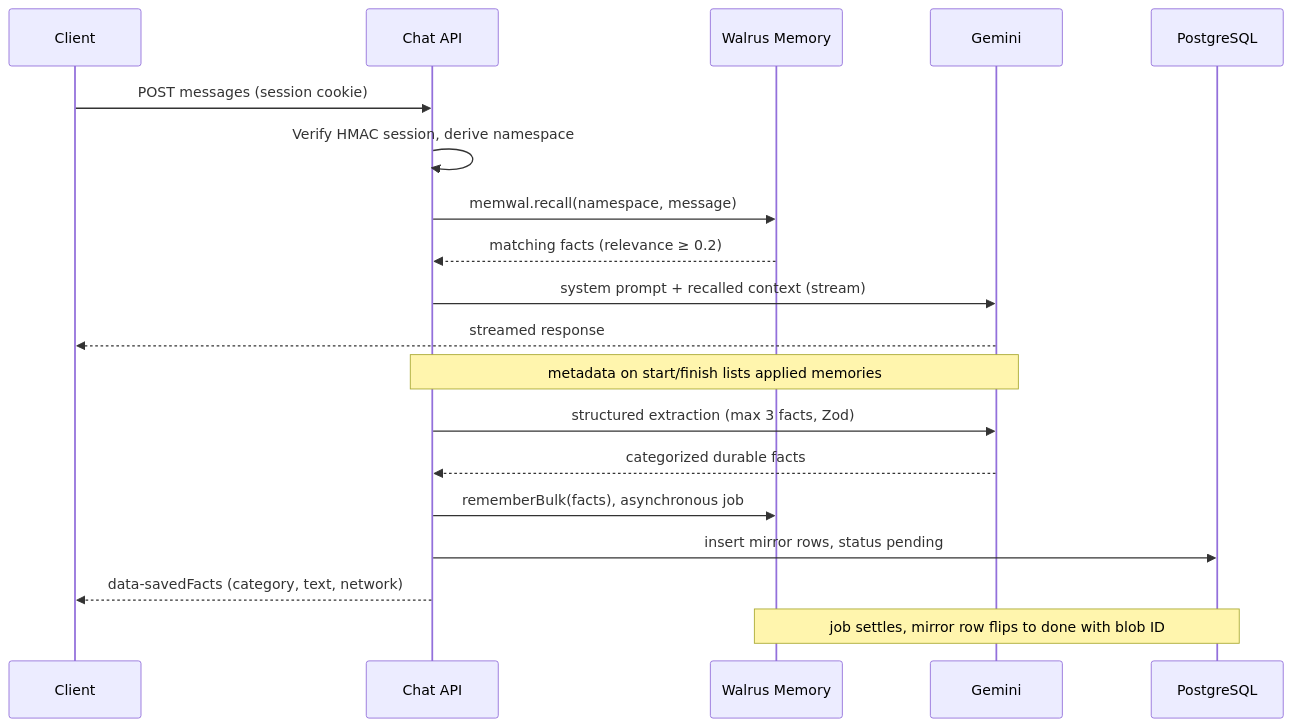
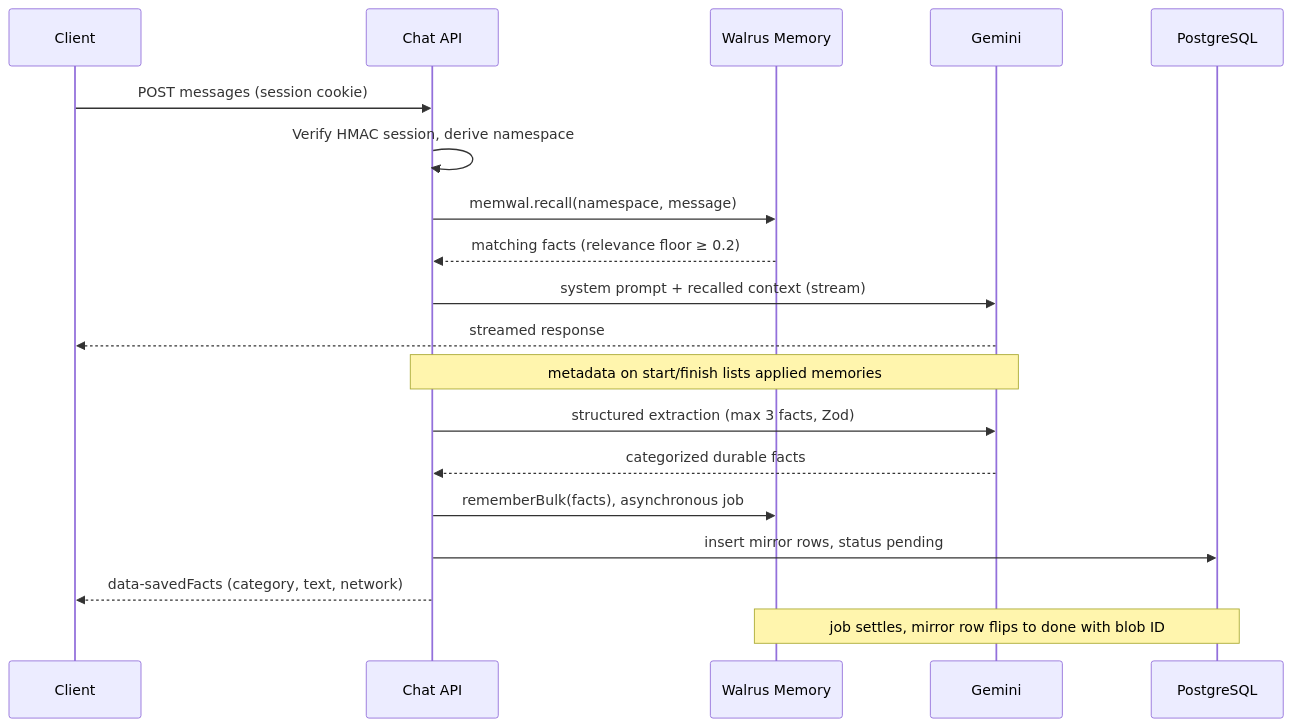
The second of 4 diagrams in README.md (mianohh/mnemo), drawn with Mermaid before and after one commit. The commit also changed other lines of this file and 2 other files, not shown here.

````diff
--- a/README.md
+++ b/README.md
@@ -142,22 +142,22 @@
 ```mermaid
 sequenceDiagram
     participant C as Client
     participant A as Chat API
     participant W as Walrus Memory
     participant G as Gemini
     participant D as PostgreSQL
 
     C->>A: POST messages (session cookie)
     A->>A: Verify HMAC session, derive namespace
     A->>W: memwal.recall(namespace, message)
-    W-->>A: matching facts (relevance ≥ 0.2)
+    W-->>A: matching facts (relevance floor ≥ 0.2)
     A->>G: system prompt + recalled context (stream)
     G-->>C: streamed response
     Note over A,G: metadata on start/finish lists applied memories
     A->>G: structured extraction (max 3 facts, Zod)
     G-->>A: categorized durable facts
     A->>W: rememberBulk(facts), asynchronous job
     A->>D: insert mirror rows, status pending
     A-->>C: data-savedFacts (category, text, network)
     Note over W,D: job settles, mirror row flips to done with blob ID
 ```
````
